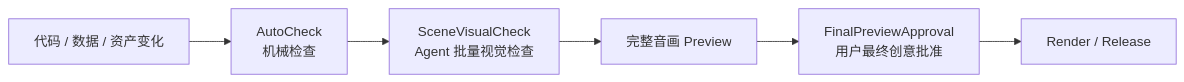
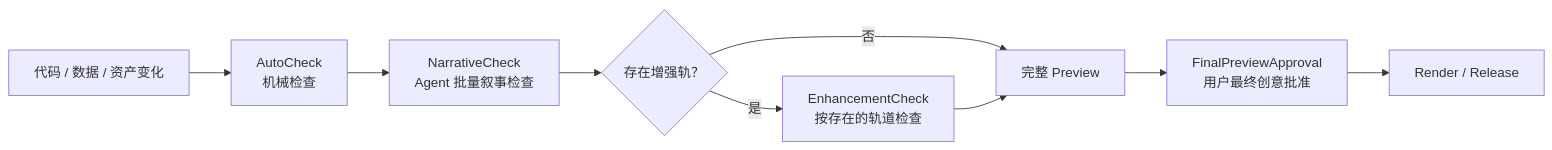
The diagram in docs/REVIEW_MODEL.md (AXMORF/axmorf-studio), drawn with Mermaid before and after one commit. The commit also changed other lines of this file and 11 other files, not shown here.

````diff
--- a/docs/REVIEW_MODEL.md
+++ b/docs/REVIEW_MODEL.md
@@ -5,8 +5,11 @@
 ```mermaid
 flowchart LR
     Change["代码 / 数据 / 资产变化"] --> Auto["AutoCheck<br/>机械检查"]
-    Auto --> Scene["SceneVisualCheck<br/>Agent 批量视觉检查"]
-    Scene --> Preview["完整音画 Preview"]
+    Auto --> Narrative["NarrativeCheck<br/>Agent 批量叙事检查"]
+    Narrative --> Enhanced{"存在增强轨？"}
+    Enhanced -->|"否"| Preview["完整 Preview"]
+    Enhanced -->|"是"| Enhancement["EnhancementCheck<br/>按存在的轨道检查"]
+    Enhancement --> Preview
     Preview --> User["FinalPreviewApproval<br/>用户最终创意批准"]
     User --> Render["Render / Release"]
 ```
````
